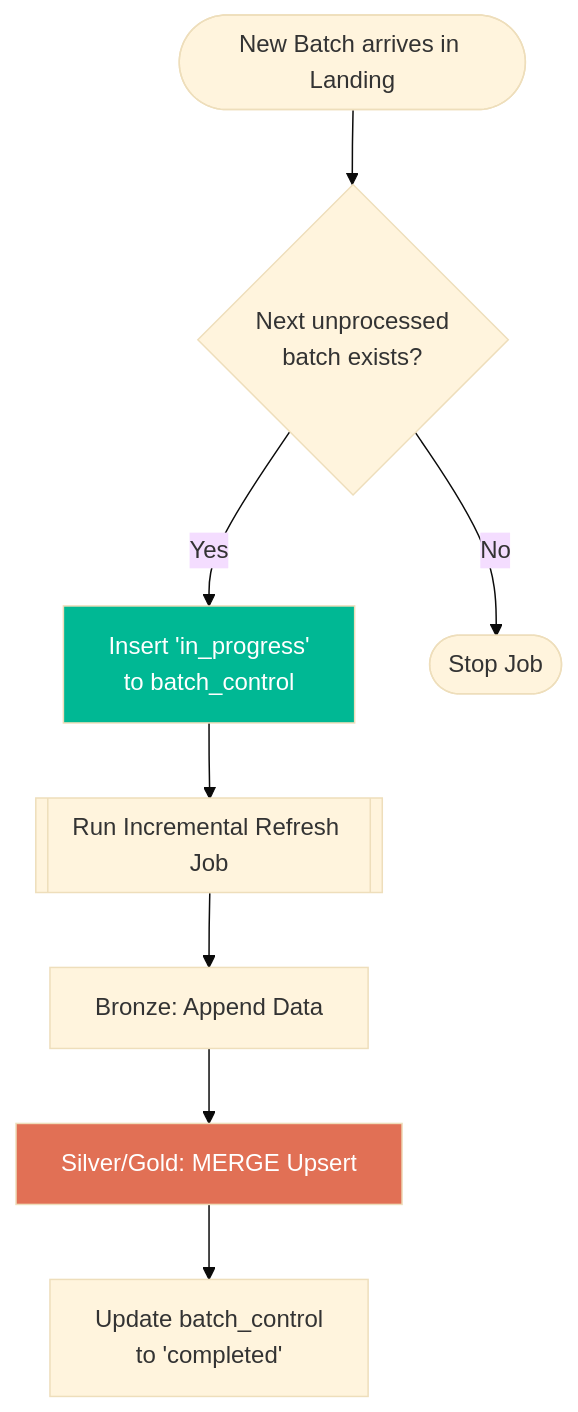
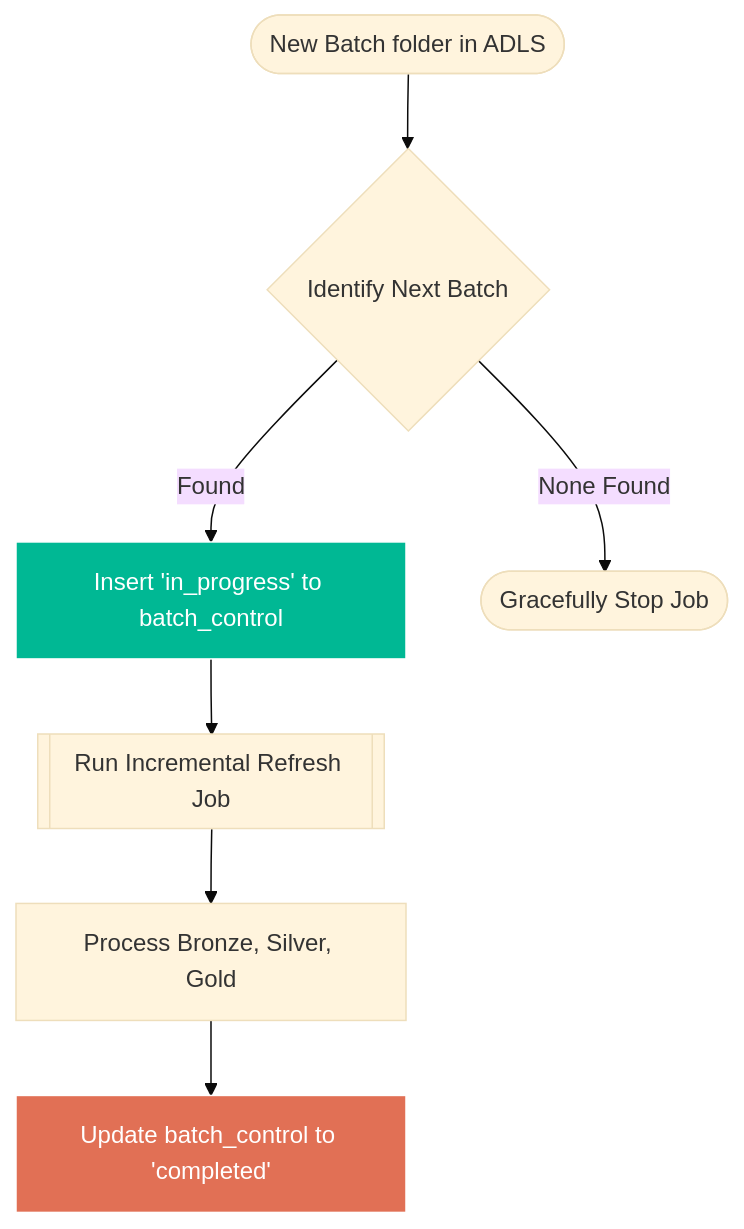
The second of 2 diagrams in README.md (Ganateja19/Formula1-project-incremental-load), drawn with Mermaid (base theme) before and after one commit. The commit also changed other lines of this file, not shown here.

````diff
--- a/README.md
+++ b/README.md
@@ -39,13 +67,12 @@
 ```mermaid
 graph TD
-    A([New Batch arrives in Landing]) --> B{Next unprocessed<br>batch exists?}
-    B -->|Yes| C[Insert 'in_progress'<br>to batch_control]
+    A([New Batch folder in ADLS]) --> B{Identify Next Batch}
+    B -->|Found| C[Insert 'in_progress' to batch_control]
     C --> D[[Run Incremental Refresh Job]]
-    D --> E[Bronze: Append Data]
-    E --> F[Silver/Gold: MERGE Upsert]
-    F --> G[Update batch_control<br>to 'completed']
-    B -->|No| H([Stop Job])
+    D --> E[Process Bronze, Silver, Gold]
+    E --> F[Update batch_control to 'completed']
+    B -->|None Found| H([Gracefully Stop Job])
     
-    style C fill:#00b894,color:#fff
-    style F fill:#e17055,color:#fff
+    style C fill:#00b894,color:#fff,stroke:#fff
+    style F fill:#e17055,color:#fff,stroke:#fff
 ```
````
